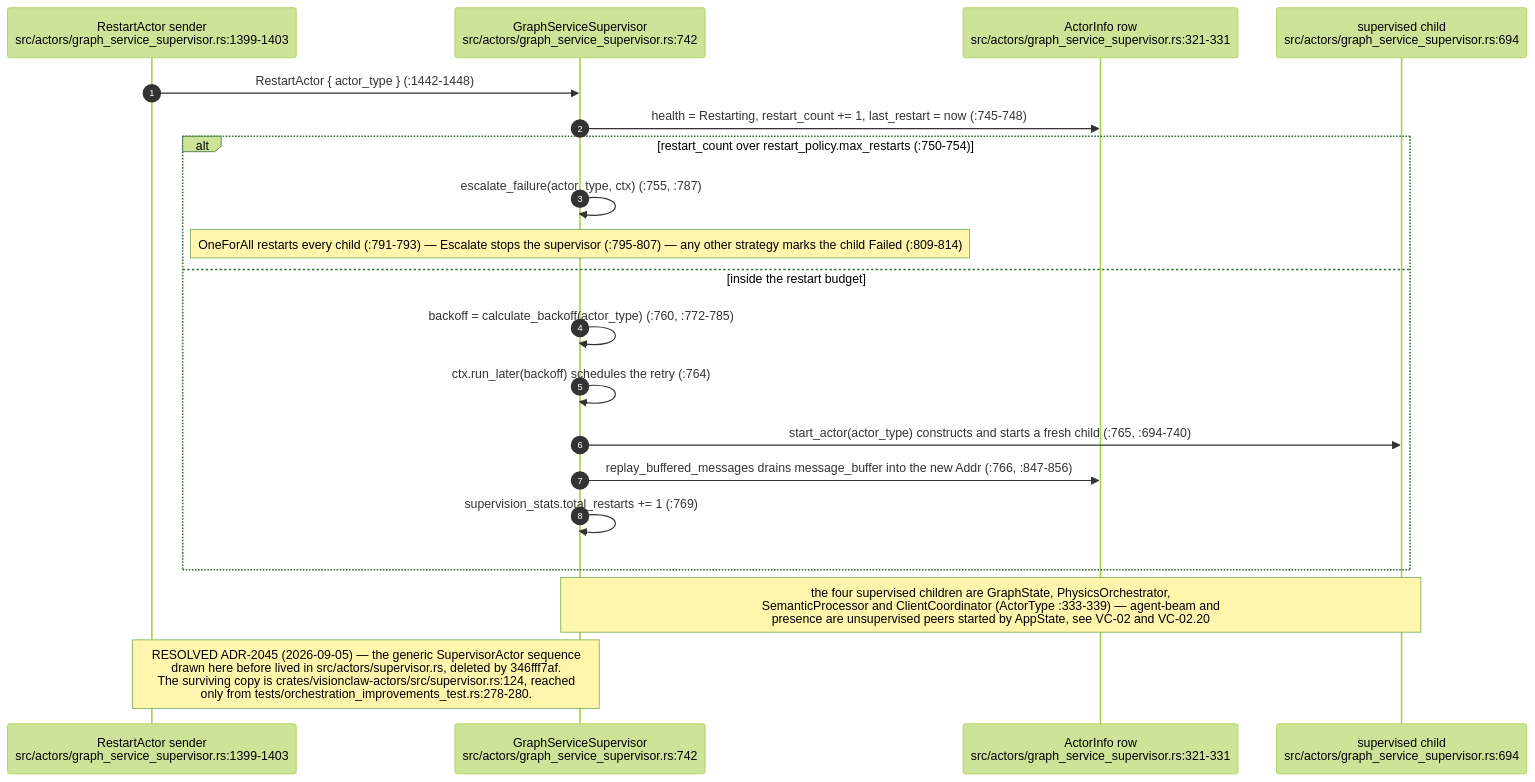
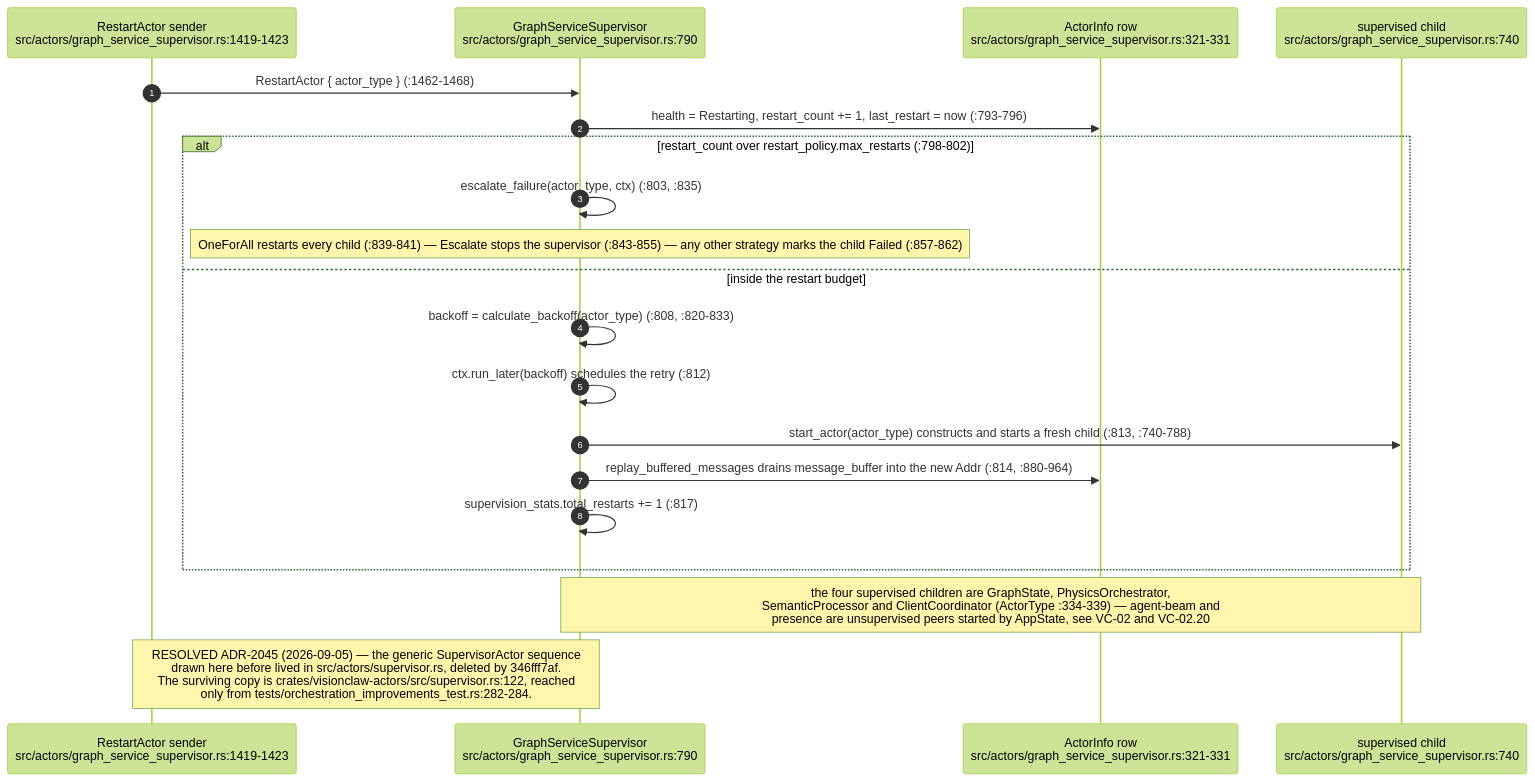
Before and after one commit to DreamLab-AI/VisionFlow: the fifth of 14 diagrams in docs/diagrams/visionclaw/02-actor-supervision.md, drawn with Mermaid (forest theme). The commit also changed other lines of this file and 160 other files, not shown here.

````diff
--- a/docs/diagrams/visionclaw/02-actor-supervision.md
+++ b/docs/diagrams/visionclaw/02-actor-supervision.md
@@ -213,23 +218,23 @@
 ```mermaid
 sequenceDiagram
     autonumber
-    participant OP as RestartActor sender<br/>src/actors/graph_service_supervisor.rs:1399-1403
-    participant S as GraphServiceSupervisor<br/>src/actors/graph_service_supervisor.rs:742
+    participant OP as RestartActor sender<br/>src/actors/graph_service_supervisor.rs:1419-1423
+    participant S as GraphServiceSupervisor<br/>src/actors/graph_service_supervisor.rs:790
     participant AI as ActorInfo row<br/>src/actors/graph_service_supervisor.rs:321-331
-    participant CH as supervised child<br/>src/actors/graph_service_supervisor.rs:694
+    participant CH as supervised child<br/>src/actors/graph_service_supervisor.rs:740
 
-    OP->>S: RestartActor { actor_type } (:1442-1448)
-    S->>AI: health = Restarting, restart_count += 1, last_restart = now (:745-748)
-    alt restart_count over restart_policy.max_restarts (:750-754)
-        S->>S: escalate_failure(actor_type, ctx) (:755, :787)
-        Note over S: OneForAll restarts every child (:791-793) — Escalate stops the supervisor (:795-807) — any other strategy marks the child Failed (:809-814)
+    OP->>S: RestartActor { actor_type } (:1462-1468)
+    S->>AI: health = Restarting, restart_count += 1, last_restart = now (:793-796)
+    alt restart_count over restart_policy.max_restarts (:798-802)
+        S->>S: escalate_failure(actor_type, ctx) (:803, :835)
+        Note over S: OneForAll restarts every child (:839-841) — Escalate stops the supervisor (:843-855) — any other strategy marks the child Failed (:857-862)
     else inside the restart budget
-        S->>S: backoff = calculate_backoff(actor_type) (:760, :772-785)
-        S->>S: ctx.run_later(backoff) schedules the retry (:764)
-        S->>CH: start_actor(actor_type) constructs and starts a fresh child (:765, :694-740)
-        S->>AI: replay_buffered_messages drains message_buffer into the new Addr (:766, :847-856)
-        S->>S: supervision_stats.total_restarts += 1 (:769)
+        S->>S: backoff = calculate_backoff(actor_type) (:808, :820-833)
+        S->>S: ctx.run_later(backoff) schedules the retry (:812)
+        S->>CH: start_actor(actor_type) constructs and starts a fresh child (:813, :740-788)
+        S->>AI: replay_buffered_messages drains message_buffer into the new Addr (:814, :880-964)
+        S->>S: supervision_stats.total_restarts += 1 (:817)
     end
-    Note over S,CH: the four supervised children are GraphState, PhysicsOrchestrator,<br/>SemanticProcessor and ClientCoordinator (ActorType :333-339) — agent-beam and<br/>presence are unsupervised peers started by AppState, see VC-02 and VC-02.20
-    Note over OP,S: RESOLVED ADR-2045 (2026-09-05) — the generic SupervisorActor sequence<br/>drawn here before lived in src/actors/supervisor.rs, deleted by 346fff7af.<br/>The surviving copy is crates/visionclaw-actors/src/supervisor.rs:124, reached<br/>only from tests/orchestration_improvements_test.rs:278-280.
+    Note over S,CH: the four supervised children are GraphState, PhysicsOrchestrator,<br/>SemanticProcessor and ClientCoordinator (ActorType :334-339) — agent-beam and<br/>presence are unsupervised peers started by AppState, see VC-02 and VC-02.20
+    Note over OP,S: RESOLVED ADR-2045 (2026-09-05) — the generic SupervisorActor sequence<br/>drawn here before lived in src/actors/supervisor.rs, deleted by 346fff7af.<br/>The surviving copy is crates/visionclaw-actors/src/supervisor.rs:122, reached<br/>only from tests/orchestration_improvements_test.rs:282-284.
 ```
````
